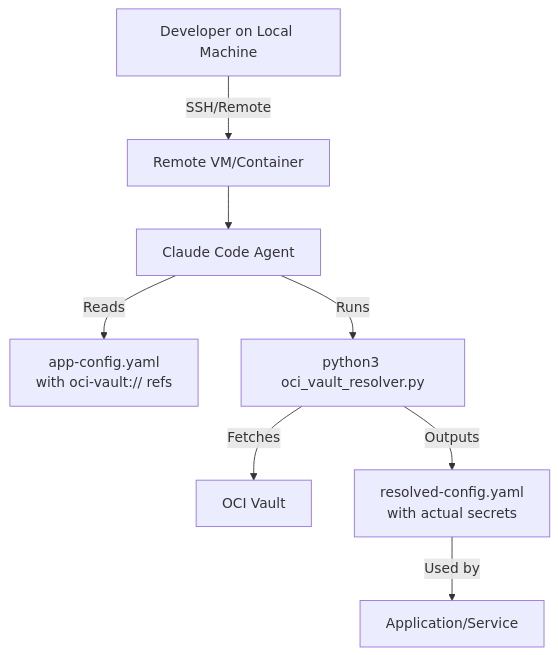
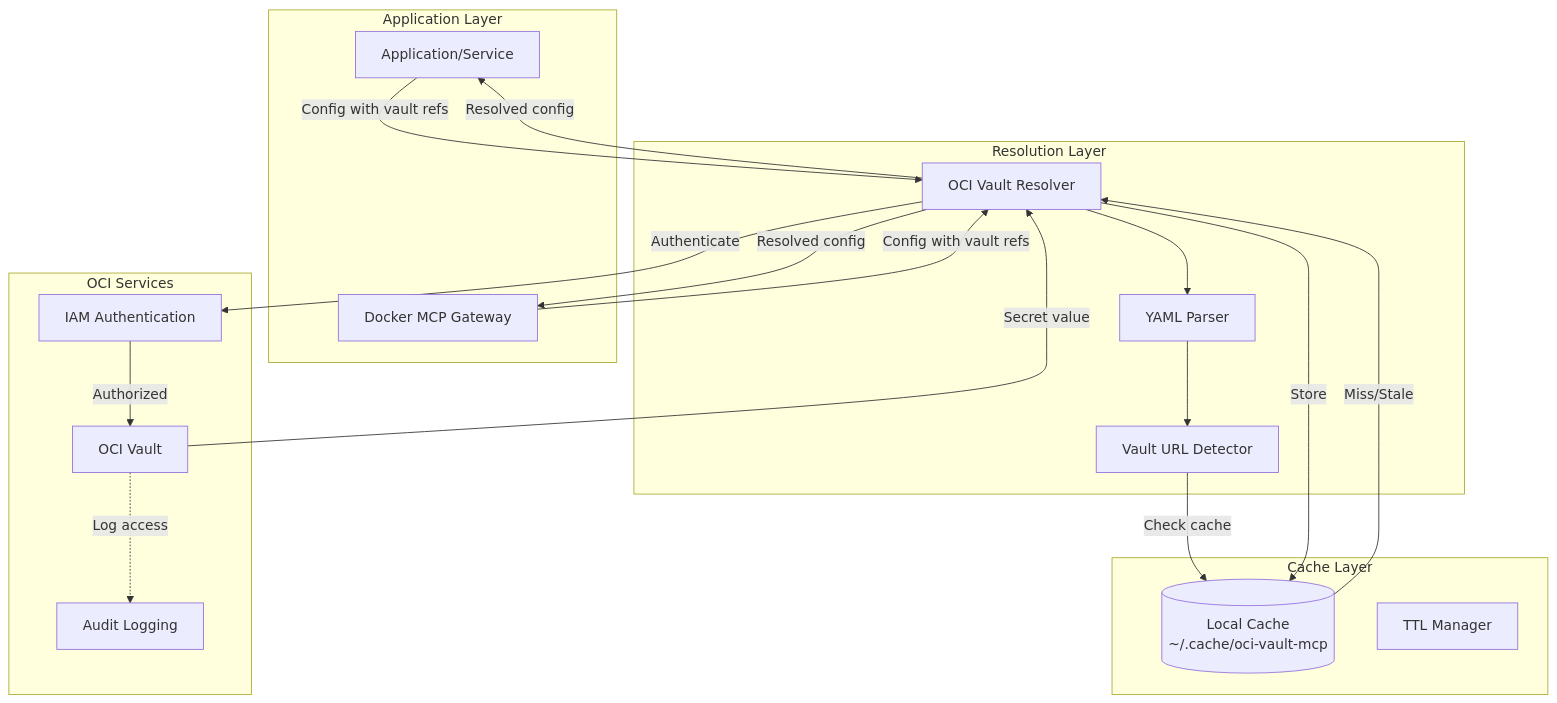
Before and after one commit to acedergren/oci-vault-mcp-resolver: the third of 4 diagrams in README.md, drawn with Mermaid. The commit also changed other lines of this file, not shown here.

````diff
--- a/README.md
+++ b/README.md
@@ -509,10 +651,38 @@
 ```mermaid
 graph TB
-    Dev[Developer on Local Machine] -->|SSH/Remote| VM[Remote VM/Container]
-    VM --> Claude[Claude Code Agent]
-    Claude -->|Reads| Config[app-config.yaml<br/>with oci-vault:// refs]
-    Claude -->|Runs| Resolver[python3 oci_vault_resolver.py]
-    Resolver -->|Fetches| Vault[OCI Vault]
-    Resolver -->|Outputs| Resolved[resolved-config.yaml<br/>with actual secrets]
-    Resolved -->|Used by| App[Application/Service]
+    subgraph "Application Layer"
+        App[Application/Service]
+        MCP[Docker MCP Gateway]
+    end
+
+    subgraph "Resolution Layer"
+        Resolver[OCI Vault Resolver]
+        Parser[YAML Parser]
+        Detector[Vault URL Detector]
+    end
+
+    subgraph "Cache Layer"
+        Cache[(Local Cache<br/>~/.cache/oci-vault-mcp)]
+        TTL[TTL Manager]
+    end
+
+    subgraph "OCI Services"
+        Vault[OCI Vault]
+        IAM[IAM Authentication]
+        Audit[Audit Logging]
+    end
+
+    App -->|Config with vault refs| Resolver
+    MCP -->|Config with vault refs| Resolver
+    Resolver --> Parser
+    Parser --> Detector
+    Detector -->|Check cache| Cache
+    Cache -->|Miss/Stale| Resolver
+    Resolver -->|Authenticate| IAM
+    IAM -->|Authorized| Vault
+    Vault -->|Secret value| Resolver
+    Resolver -->|Store| Cache
+    Vault -.->|Log access| Audit
+    Resolver -->|Resolved config| App
+    Resolver -->|Resolved config| MCP
 ```
````
